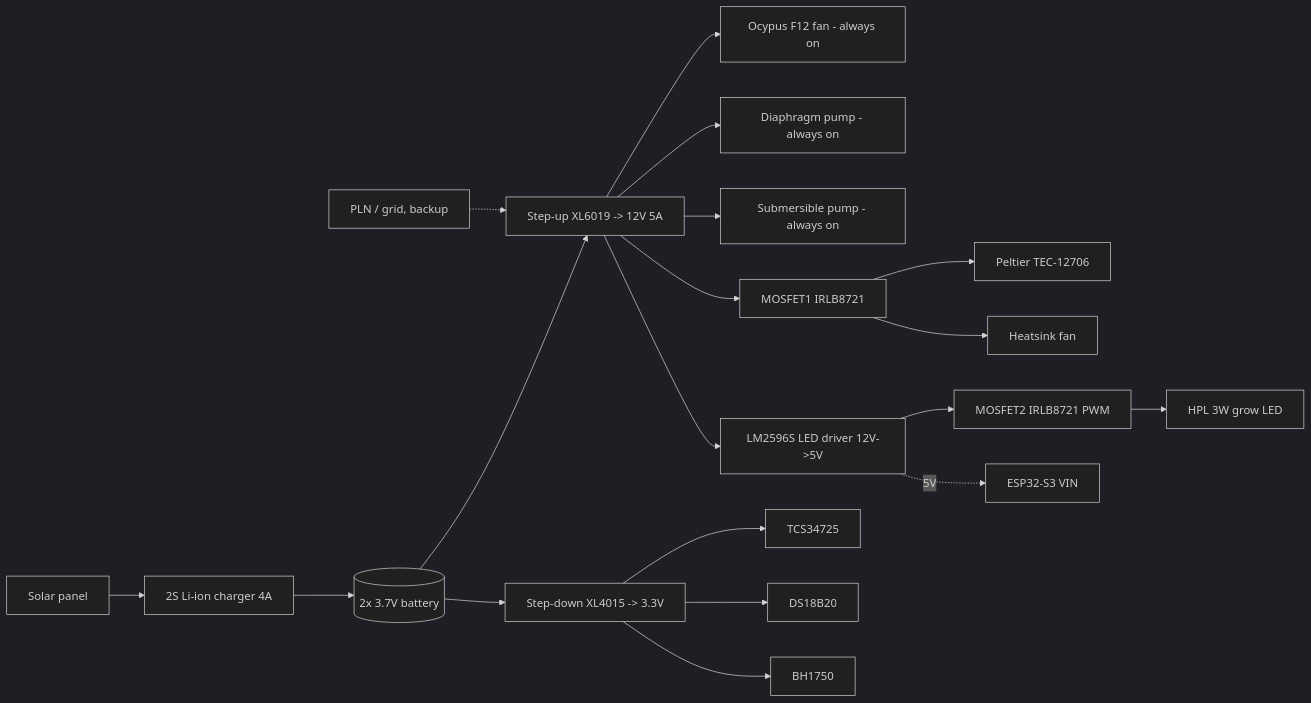
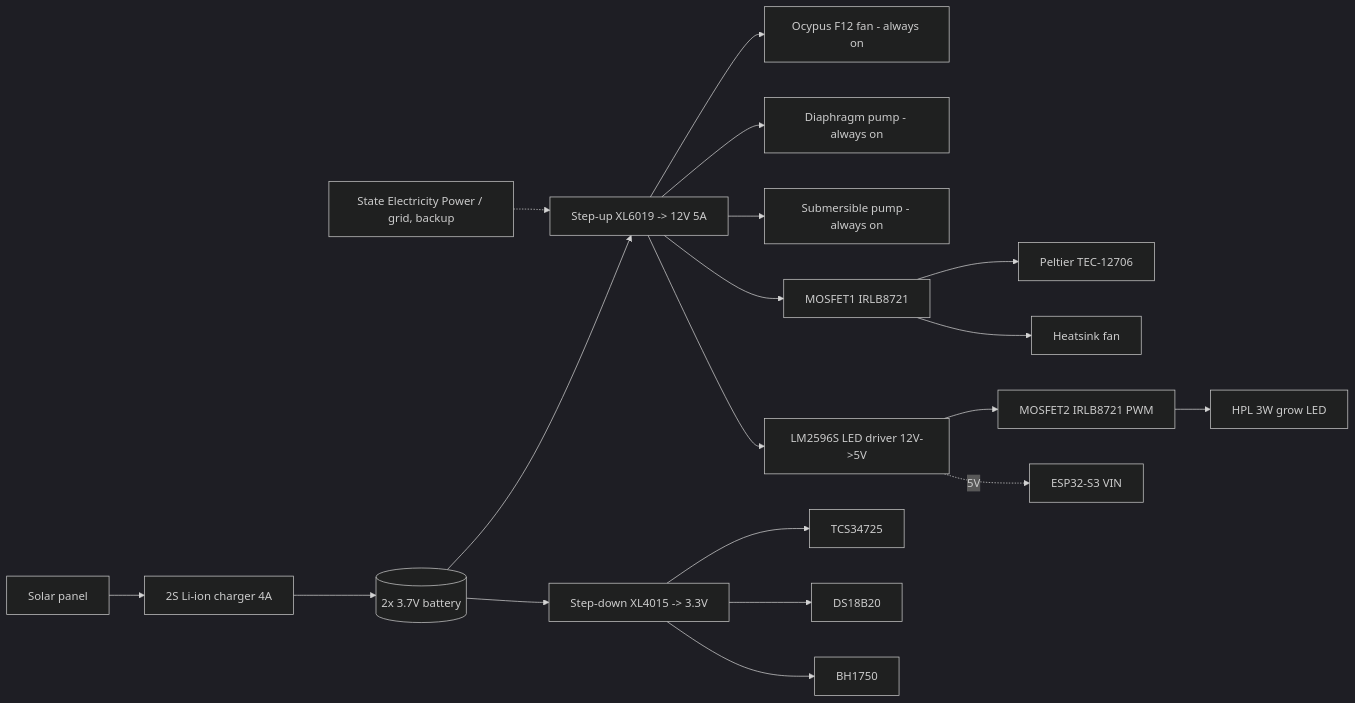
Before and after one commit to eliannagabriella/PhotoSyntheAir: the diagram in README.md, drawn with Mermaid (dark theme). The commit also changed other lines of this file, not shown here.

````diff
--- a/README.md
+++ b/README.md
@@ -25,23 +23,23 @@
 ```mermaid
 flowchart LR
     SP[Solar panel] --> CH[2S Li-ion charger 4A]
     CH --> BATT[(2x 3.7V battery)]
     BATT --> SU[Step-up XL6019 -> 12V 5A]
     BATT --> SD[Step-down XL4015 -> 3.3V]
-    GRID[PLN / grid, backup] -.-> SU
+    GRID[State Electricity Power / grid, backup] -.-> SU
 
     SU --> M1[Ocypus F12 fan - always on]
     SU --> M2[Diaphragm pump - always on]
     SU --> M3[Submersible pump - always on]
     SU --> MOS1[MOSFET1 IRLB8721]
     MOS1 --> PEL[Peltier TEC-12706]
     MOS1 --> HSF[Heatsink fan]
     SU --> LM[LM2596S LED driver 12V->5V]
     LM --> MOS2[MOSFET2 IRLB8721 PWM]
     MOS2 --> LED[HPL 3W grow LED]
     LM -.5V.-> ESP[ESP32-S3 VIN]
 
     SD --> TCS[TCS34725]
     SD --> DS[DS18B20]
     SD --> BH[BH1750]
 ```
````
